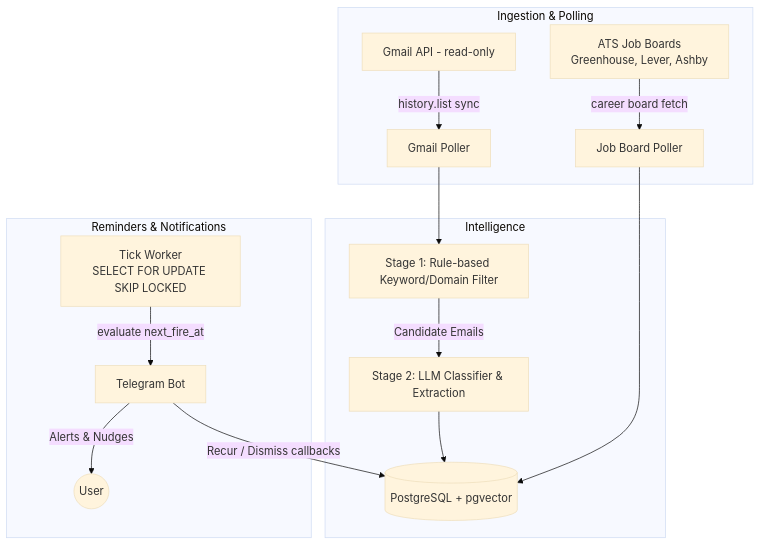
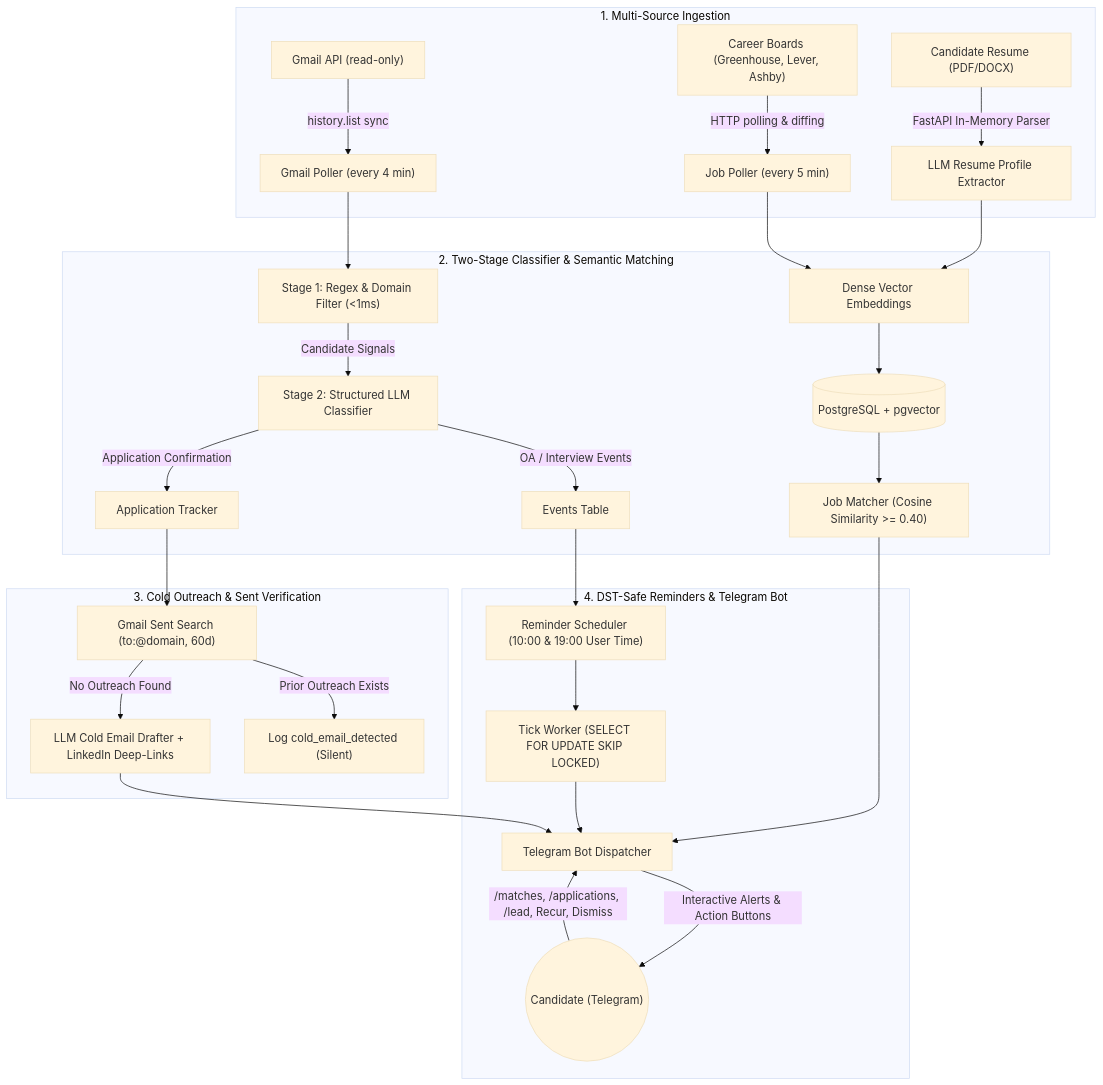
Before and after one commit to Insight14/Cadence: the diagram in README.md, drawn with Mermaid (base theme). The commit also changed other lines of this file and 9 other files, not shown here.

````diff
--- a/README.md
+++ b/README.md
@@ -11,20 +11,36 @@
 ```mermaid
 flowchart TD
-    subgraph Ingestion & Polling
-        GM[Gmail API - read-only] -->|history.list sync| GP[Gmail Poller]
-        ATS[ATS Job Boards\nGreenhouse, Lever, Ashby] -->|career board fetch| JP[Job Board Poller]
+    subgraph Ingestion ["1. Multi-Source Ingestion"]
+        GM["Gmail API (read-only)"] -->|history.list sync| GP["Gmail Poller (every 4 min)"]
+        ATS["Career Boards (Greenhouse, Lever, Ashby)"] -->|HTTP polling & diffing| JP["Job Poller (every 5 min)"]
+        RES["Candidate Resume (PDF/DOCX)"] -->|FastAPI In-Memory Parser| EXT["LLM Resume Profile Extractor"]
     end
 
-    subgraph Intelligence
-        GP --> S1[Stage 1: Rule-based Keyword/Domain Filter]
-        S1 -->|Candidate Emails| S2[Stage 2: LLM Classifier & Extraction]
-        S2 --> DB[(PostgreSQL + pgvector)]
-        JP --> DB
+    subgraph Intelligence ["2. Two-Stage Classifier & Semantic Matching"]
+        GP --> S1["Stage 1: Regex & Domain Filter (<1ms)"]
+        S1 -->|Candidate Signals| S2["Stage 2: Structured LLM Classifier"]
+        S2 -->|OA / Interview Events| DB_EVT["Events Table"]
+        S2 -->|Application Confirmation| AT["Application Tracker"]
+        
+        EXT --> EMB["Dense Vector Embeddings"]
+        JP --> EMB
+        EMB --> DB_VEC[("PostgreSQL + pgvector")]
+        DB_VEC --> MATCHER["Job Matcher (Cosine Similarity >= 0.40)"]
     end
 
-    subgraph Reminders & Notifications
-        TW[Tick Worker\nSELECT FOR UPDATE SKIP LOCKED] -->|evaluate next_fire_at| BOT[Telegram Bot]
-        BOT -->|Recur / Dismiss callbacks| DB
-        BOT -->|Alerts & Nudges| User((User))
+    subgraph ApplicationOutreach ["3. Cold Outreach & Sent Verification"]
+        AT --> SENT["Gmail Sent Search (to:@domain, 60d)"]
+        SENT -->|Prior Outreach Exists| SILENT["Log cold_email_detected (Silent)"]
+        SENT -->|No Outreach Found| DRAFT["LLM Cold Email Drafter + LinkedIn Deep-Links"]
+    end
+
+    subgraph Dispatcher ["4. DST-Safe Reminders & Telegram Bot"]
+        DB_EVT --> REM["Reminder Scheduler (10:00 & 19:00 User Time)"]
+        REM --> TICK["Tick Worker (SELECT FOR UPDATE SKIP LOCKED)"]
+        TICK --> BOT["Telegram Bot Dispatcher"]
+        MATCHER --> BOT
+        DRAFT --> BOT
+        BOT -->|Interactive Alerts & Action Buttons| USER(("Candidate (Telegram)"))
+        USER -->|/matches, /applications, /lead, Recur, Dismiss| BOT
     end
 ```
````
